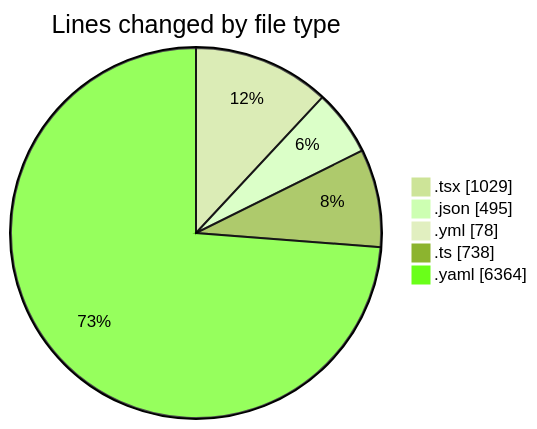
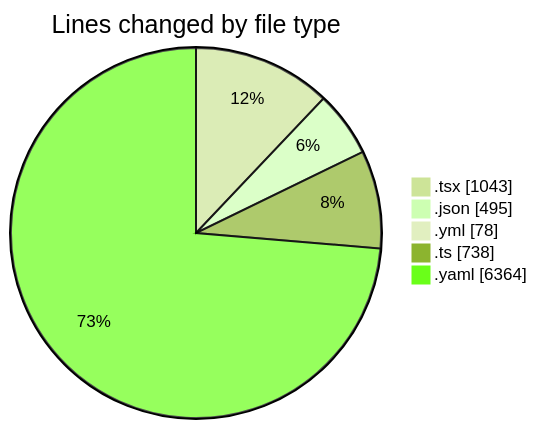
Before and after one commit to julien-gomy/code-tracking: the first of 2 diagrams in 2025-11-27/eventscop-frontend-guide__workspace_/README.md, drawn with Mermaid (forest theme). The commit also changed other lines of this file and 1 other file, not shown here.

````diff
--- a/2025-11-27/eventscop-frontend-guide__workspace_/README.md
+++ b/2025-11-27/eventscop-frontend-guide__workspace_/README.md
@@ -45,9 +45,9 @@
 ```mermaid
 pie showData
 title Lines changed by file type
-".tsx" : 1029
+".tsx" : 1043
 ".json" : 495
 ".yml" : 78
 ".ts" : 738
 ".yaml" : 6364
 ```
````
